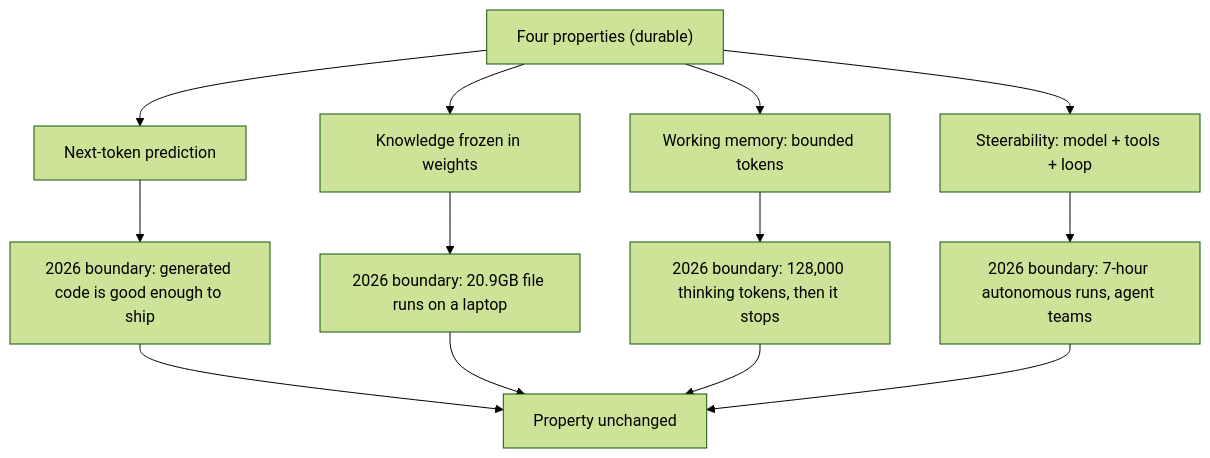
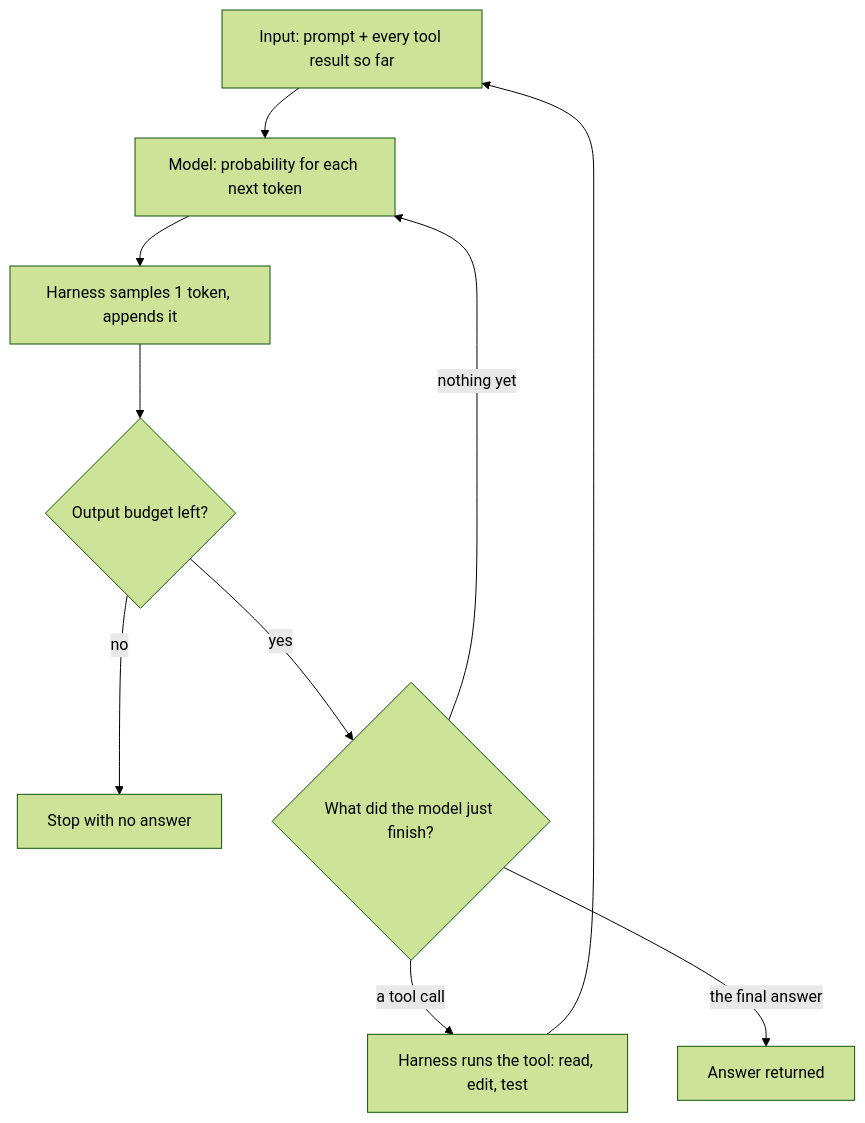
The diagram in dojo/lessons/assets/2026-10-12-2-1.mmd (yurii-mysak/scala-training-docs), drawn with Mermaid (forest theme) before and after one commit. The commit also changed 95 other files, not shown here.

First line of the commit message:
dojo: Show-by-example and Visual rules; charts, source figures, Dojo image assets; 7 open lessons reworked

```diff
--- a/dojo/lessons/assets/2026-10-12-2-1.mmd
+++ b/dojo/lessons/assets/2026-10-12-2-1.mmd
@@ -1,13 +1,10 @@
 flowchart TD
-  A["Four properties (durable)"] --> B["Next-token prediction"]
-  A --> C["Knowledge frozen in weights"]
-  A --> D["Working memory: bounded tokens"]
-  A --> E["Steerability: model + tools + loop"]
-  B --> B1["2026 boundary: generated code is good enough to ship"]
-  C --> C1["2026 boundary: 20.9GB file runs on a laptop"]
-  D --> D1["2026 boundary: 128,000 thinking tokens, then it stops"]
-  E --> E1["2026 boundary: 7-hour autonomous runs, agent teams"]
-  B1 --> F["Property unchanged"]
-  C1 --> F
-  D1 --> F
-  E1 --> F
+  P["Input: prompt + every tool result so far"] --> M["Model: probability for each next token"]
+  M --> S["Harness samples 1 token, appends it"]
+  S --> B{"Output budget left?"}
+  B -- "no" --> X["Stop with no answer"]
+  B -- "yes" --> T{"What did the model just finish?"}
+  T -- "a tool call" --> R["Harness runs the tool: read, edit, test"]
+  R --> P
+  T -- "nothing yet" --> M
+  T -- "the final answer" --> A["Answer returned"]
```
